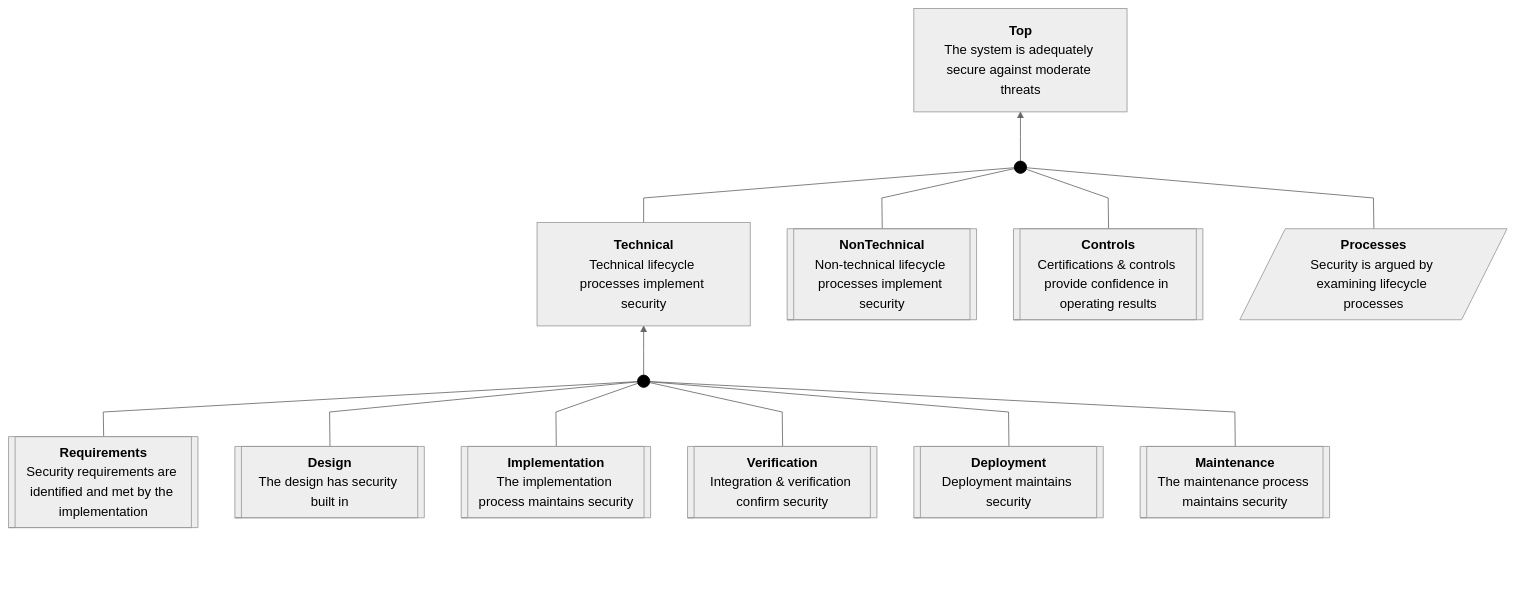
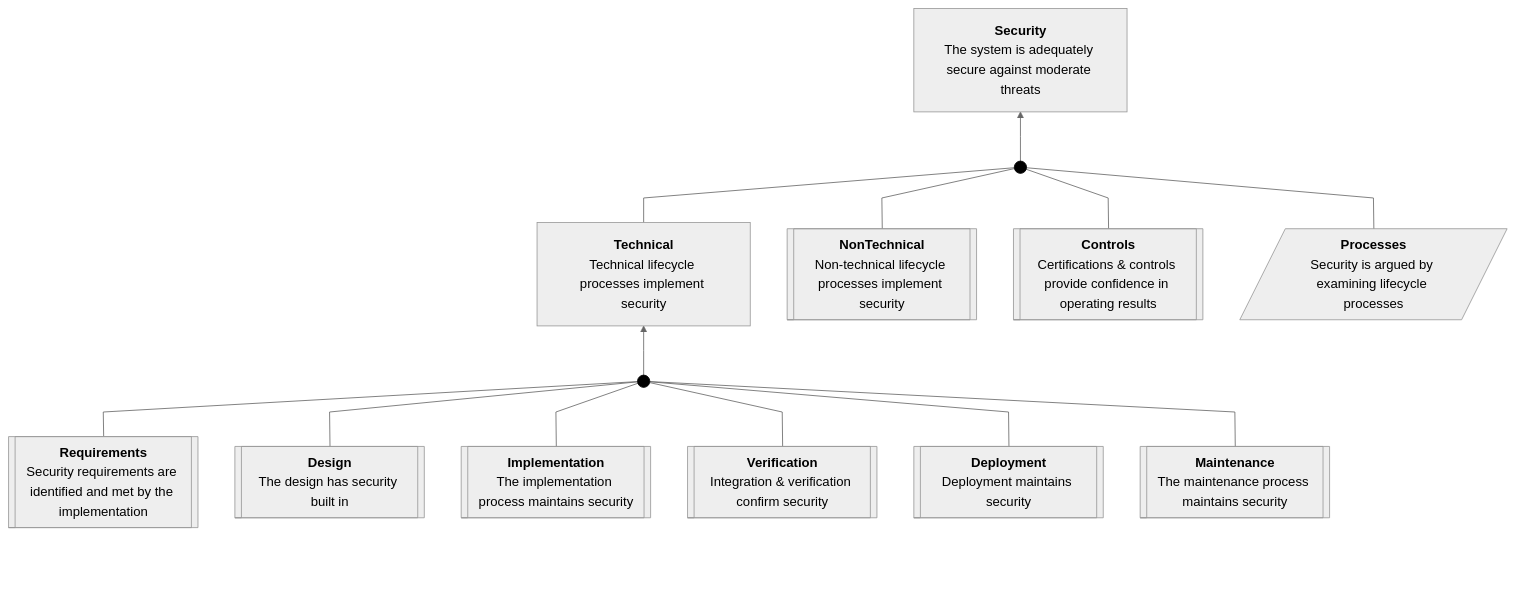
The first of 3 diagrams in tests/fixtures/badgeapp-doc-input.expected.md (david-a-wheeler/caseproc), drawn with Mermaid before and after one commit. The commit also changed other lines of this file and 6 other files, not shown here.

````diff
--- a/tests/fixtures/badgeapp-doc-input.expected.md
+++ b/tests/fixtures/badgeapp-doc-input.expected.md
@@ -10,44 +10,44 @@
 ```mermaid
 ---
 config:
   theme: neutral
   flowchart:
     curve: linear
     htmlLabels: true
     rankSpacing: 60
     nodeSpacing: 45
     padding: 15
 ---
 flowchart BT
     classDef invisible opacity:0
     classDef sacmDot fill:#000,stroke:#000
     classDef connector fill:none,stroke:#cccccc,stroke-width:1px;
     classDef abstractClaim stroke-width:2px,stroke-dasharray: 5 5;
-    Top["<b>Top</b><br>The system is adequately secure against moderate threats"]
+    Security["<b>Security</b><br>The system is adequately secure against moderate threats"]
     Processes[/"<b>Processes</b><br>Security is argued by examining lifecycle processes"/]
     Technical["<b>Technical</b><br>Technical lifecycle processes implement security"]
     NonTechnical[["<b>NonTechnical</b><br>Non-technical lifecycle processes implement security"]]
     Controls[["<b>Controls</b><br>Certifications &amp; controls provide confidence in operating results"]]
     Requirements[["<b>Requirements</b><br>Security requirements are identified and met by the implementation"]]
     Design[["<b>Design</b><br>The design has security built in"]]
     Implementation[["<b>Implementation</b><br>The implementation process maintains security"]]
     Verification[["<b>Verification</b><br>Integration &amp; verification confirm security"]]
     Deployment[["<b>Deployment</b><br>Deployment maintains security"]]
     Maintenance[["<b>Maintenance</b><br>The maintenance process maintains security"]]
     Dot1((" ")):::sacmDot
     Dot2((" ")):::sacmDot
 
     BottomPadding[ ]:::invisible ~~~ Requirements
     Requirements --- Dot1
     Design --- Dot1
     Implementation --- Dot1
     Verification --- Dot1
     Deployment --- Dot1
     Maintenance --- Dot1
     Dot1 --> Technical
     Technical --- Dot2
     NonTechnical --- Dot2
     Controls --- Dot2
     Processes --- Dot2
-    Dot2 --> Top
+    Dot2 --> Security
 ```
````
